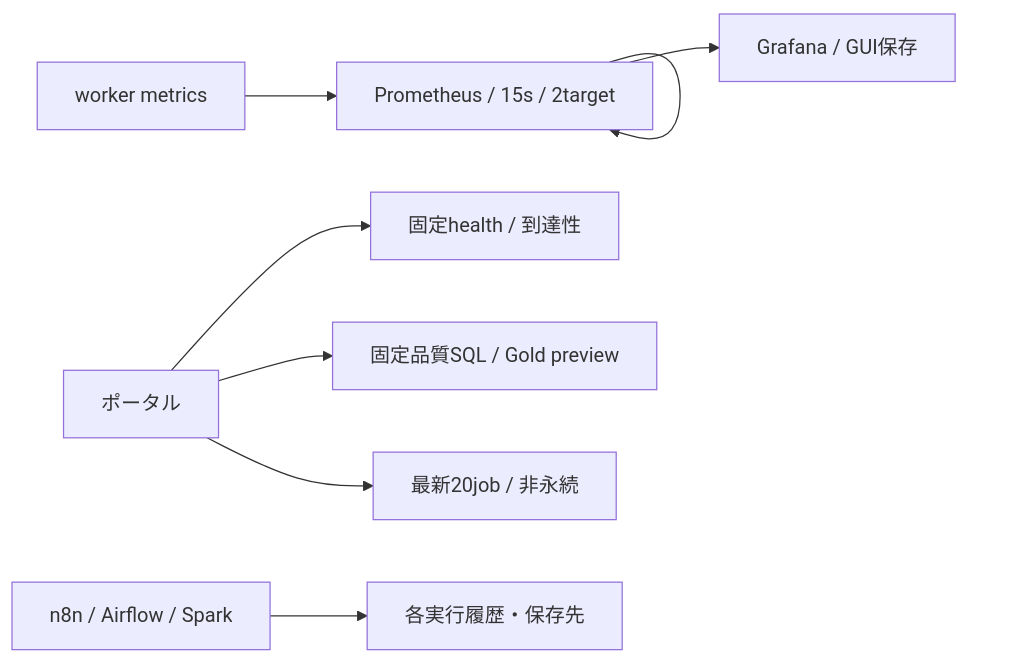
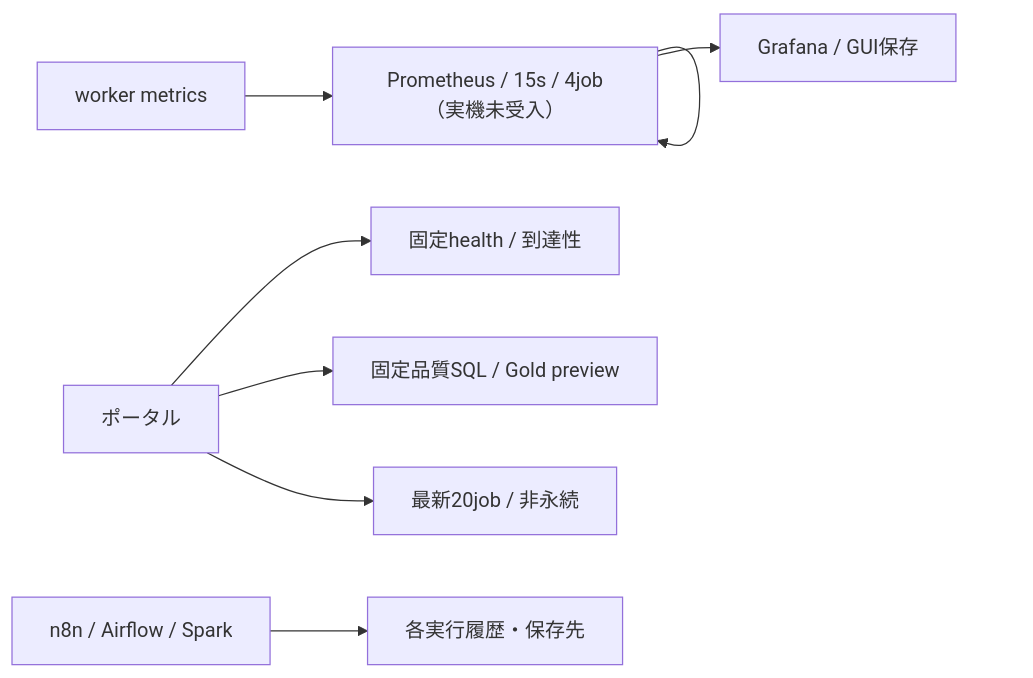
Before and after one commit to hiromura16/lakehouse-foundation: the diagram in docs/reports/mermaid/10-observability.mmd, drawn with Mermaid. The commit also changed 56 other files, not shown here.

```diff
--- a/docs/reports/mermaid/10-observability.mmd
+++ b/docs/reports/mermaid/10-observability.mmd
@@ -1,8 +1,8 @@
 flowchart LR
-  W["worker metrics"] --> P["Prometheus / 15s / 2target"]
+  W["worker metrics"] --> P["Prometheus / 15s / 4job（実機未受入）"]
   P --> G["Grafana / GUI保存"]
   P --> P
   Portal["ポータル"] --> Health["固定health / 到達性"]
   Portal --> Quality["固定品質SQL / Gold preview"]
   Portal --> Jobs["最新20job / 非永続"]
   Native["n8n / Airflow / Spark"] --> Logs["各実行履歴・保存先"]
```
